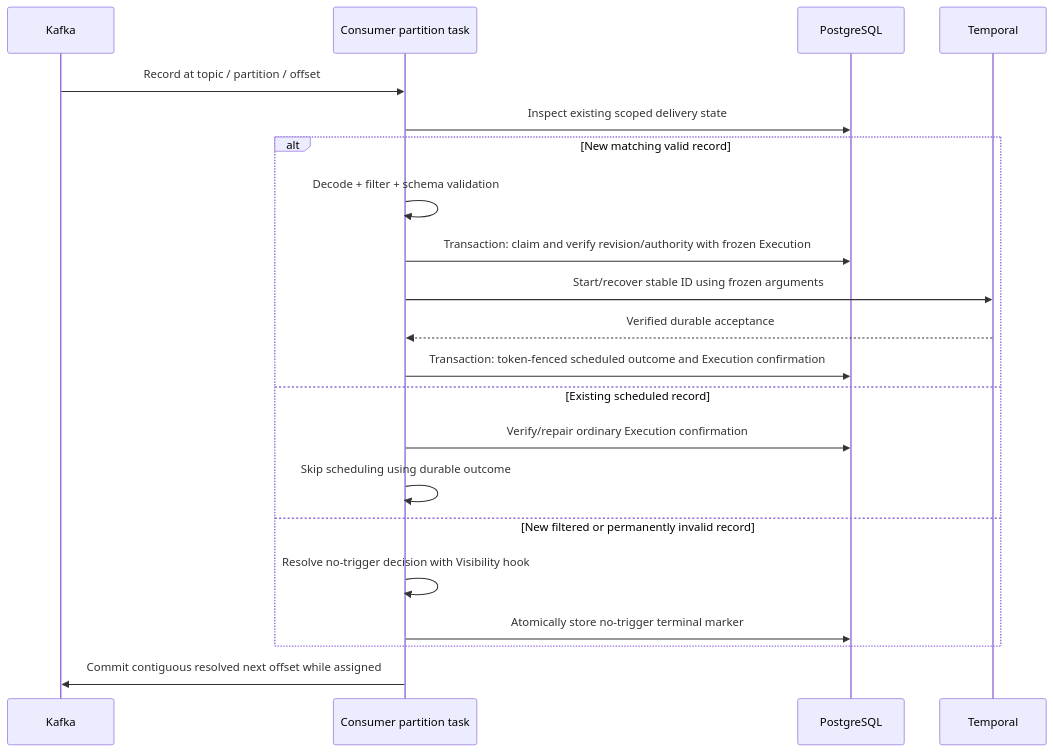
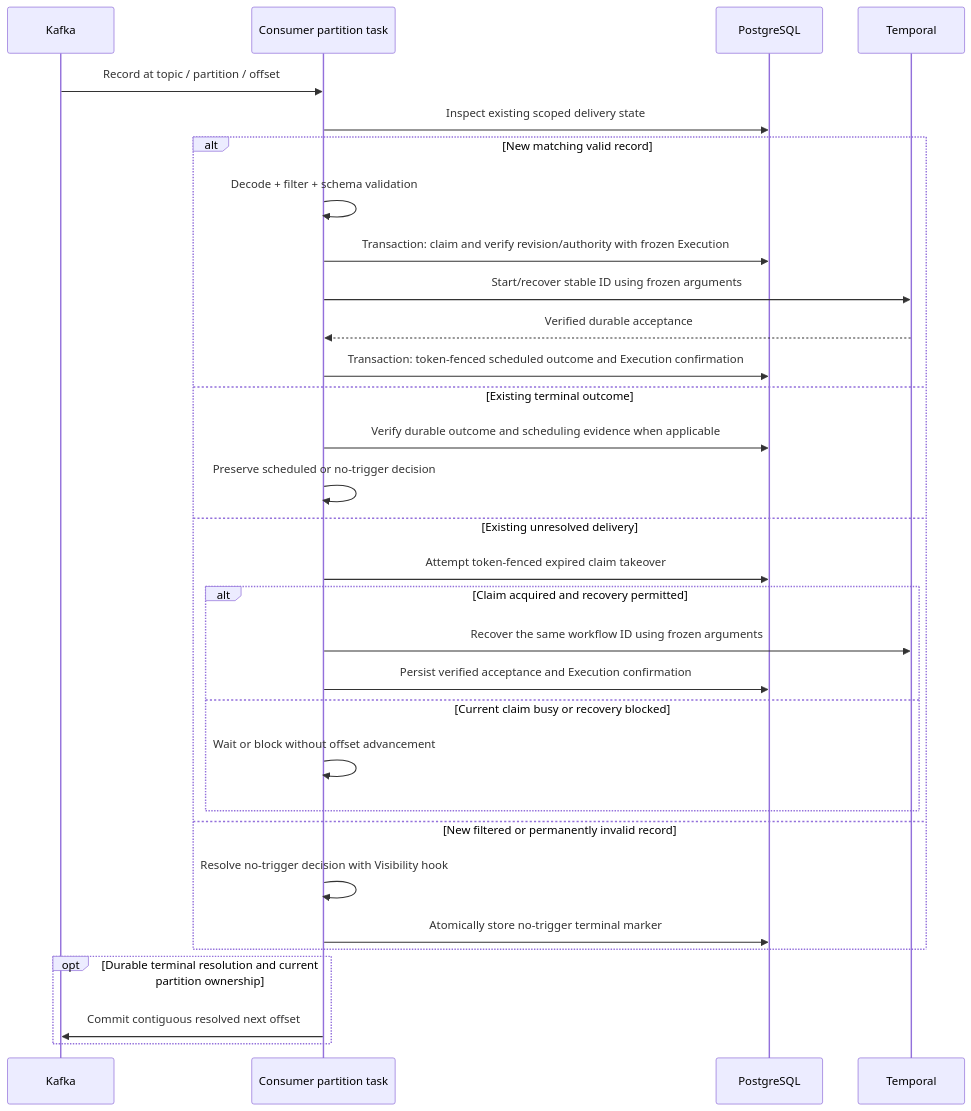
One commit to acedya/syntara changed the fourth of 4 diagrams in backend/docs/kafka-event-streams.md. Above: the diagram before and after it, drawn with Mermaid. The commit also changed other lines of this file, not shown here.

````diff
--- a/backend/docs/kafka-event-streams.md
+++ b/backend/docs/kafka-event-streams.md
@@ -730,23 +738,33 @@
 ```mermaid
 sequenceDiagram
     participant K as Kafka
     participant C as Consumer partition task
     participant D as PostgreSQL
     participant T as Temporal
     K->>C: Record at topic / partition / offset
     C->>D: Inspect existing scoped delivery state
     alt New matching valid record
         C->>C: Decode + filter + schema validation
         C->>D: Transaction: claim and verify revision/authority with frozen Execution
         C->>T: Start/recover stable ID using frozen arguments
         T-->>C: Verified durable acceptance
         C->>D: Transaction: token-fenced scheduled outcome and Execution confirmation
-    else Existing scheduled record
-        C->>D: Verify/repair ordinary Execution confirmation
-        C->>C: Skip scheduling using durable outcome
+    else Existing terminal outcome
+        C->>D: Verify durable outcome and scheduling evidence when applicable
+        C->>C: Preserve scheduled or no-trigger decision
+    else Existing unresolved delivery
+        C->>D: Attempt token-fenced expired claim takeover
+        alt Claim acquired and recovery permitted
+            C->>T: Recover the same workflow ID using frozen arguments
+            C->>D: Persist verified acceptance and Execution confirmation
+        else Current claim busy or recovery blocked
+            C->>C: Wait or block without offset advancement
+        end
     else New filtered or permanently invalid record
         C->>C: Resolve no-trigger decision with Visibility hook
         C->>D: Atomically store no-trigger terminal marker
     end
-    C->>K: Commit contiguous resolved next offset while assigned
+    opt Durable terminal resolution and current partition ownership
+        C->>K: Commit contiguous resolved next offset
+    end
 ```
````
